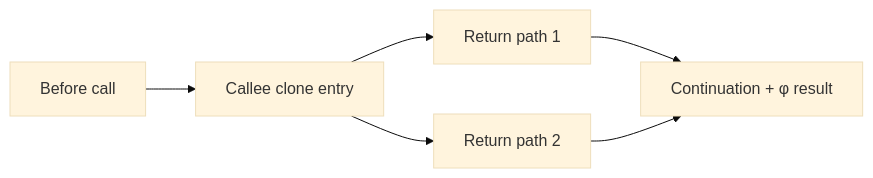
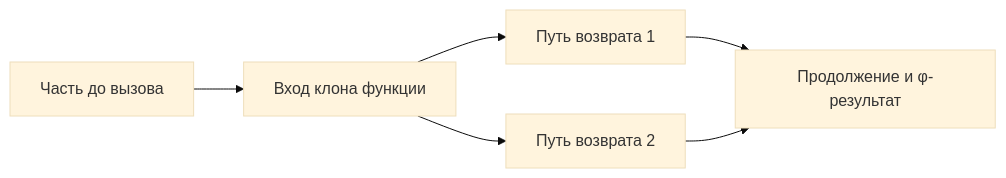
One commit to Misha1302/Middle-end-compiler-cource changed the diagram in docs/modules/11-inlining.md. Above: the diagram before and after it, drawn with Mermaid (base theme). The commit also changed other lines of this file and 35 other files, not shown here.

````diff
--- a/docs/modules/11-inlining.md
+++ b/docs/modules/11-inlining.md
@@ -29,8 +31,8 @@
 ```mermaid
 flowchart LR
-  BEFORE[Before call] --> ENTRY[Callee clone entry]
-  ENTRY --> R1[Return path 1]
-  ENTRY --> R2[Return path 2]
-  R1 --> CONT[Continuation + φ result]
+  BEFORE[Часть до вызова] --> ENTRY[Вход клона функции]
+  ENTRY --> R1[Путь возврата 1]
+  ENTRY --> R2[Путь возврата 2]
+  R1 --> CONT[Продолжение и φ-результат]
   R2 --> CONT
 ```
````
